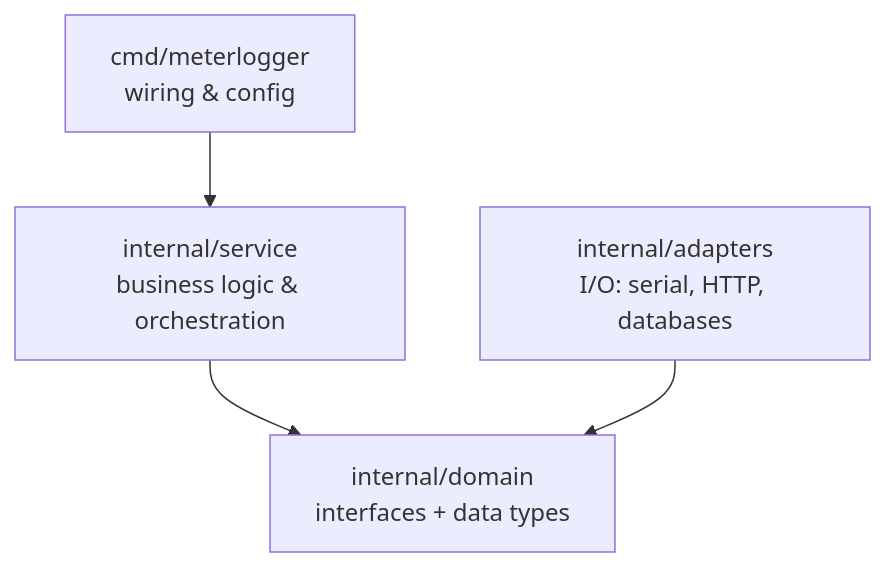
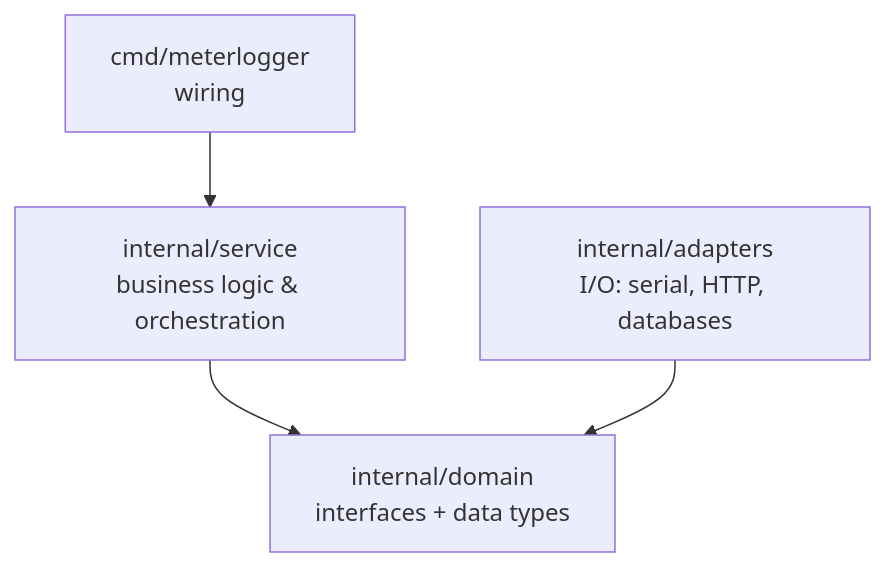
The first of 3 diagrams in documentation/architecture.md (yottabytesolutions/meterlogger), drawn with Mermaid before and after one commit. The commit also changed other lines of this file and 18 other files, not shown here.

````diff
--- a/documentation/architecture.md
+++ b/documentation/architecture.md
@@ -9,10 +9,10 @@
 ```mermaid
 flowchart TB
-    cmd["cmd/meterlogger\nwiring & config"]
+    cmd["cmd/meterlogger\nwiring"]
     service["internal/service\nbusiness logic & orchestration"]
     domain["internal/domain\ninterfaces + data types"]
     adapters["internal/adapters\nI/O: serial, HTTP, databases"]
     cmd --> service
     service --> domain
     adapters --> domain
 ```
````
